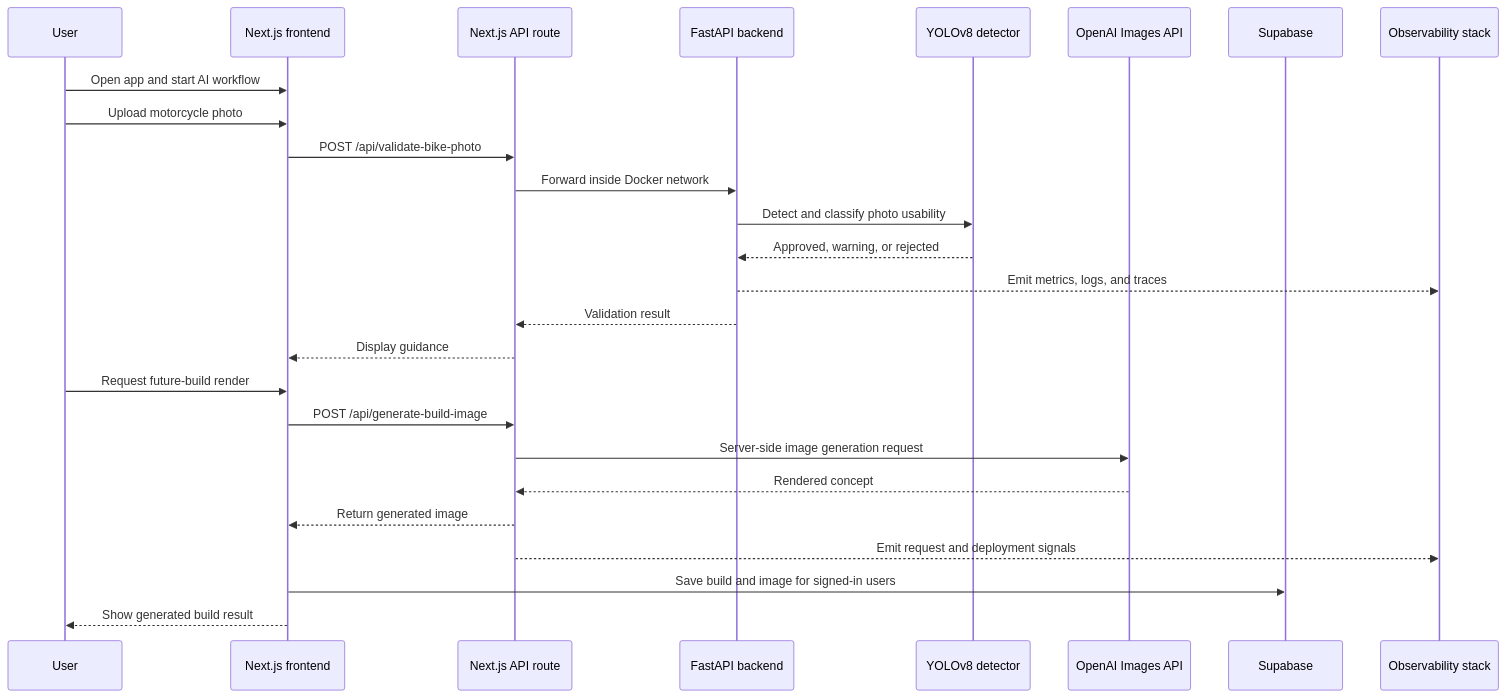
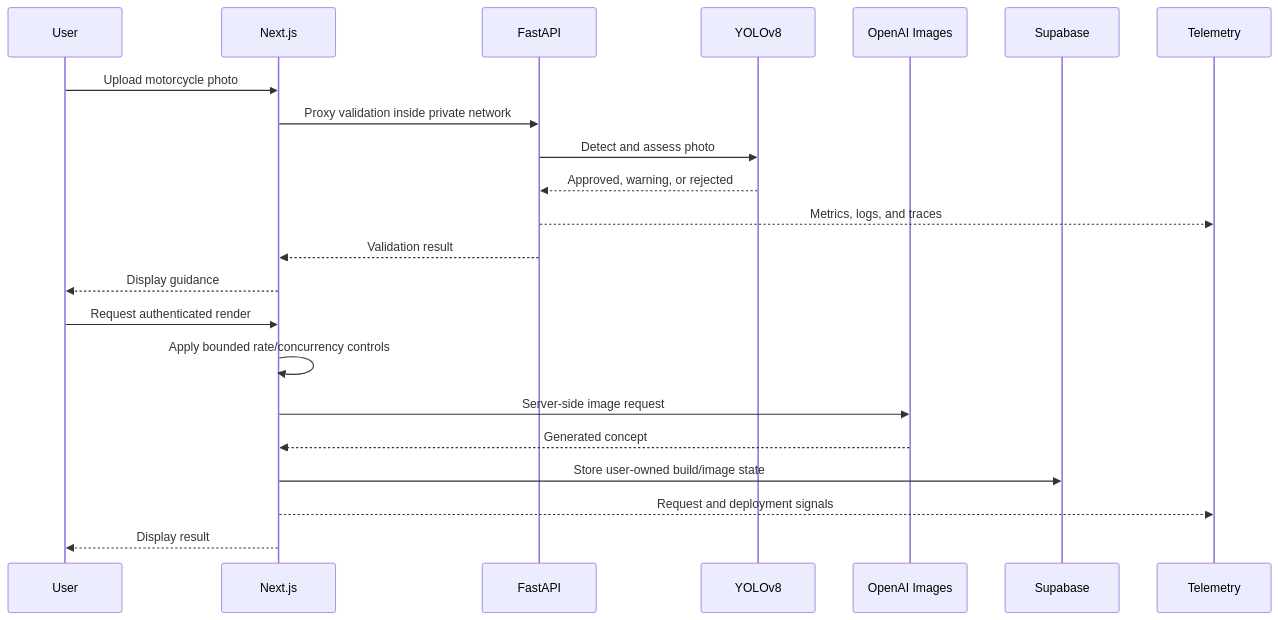
Before and after one commit to hzzcoding/SlowChrome-Showcase: the second of 4 diagrams in docs/technical-case-study.md, drawn with Mermaid. The commit also changed other lines of this file and 1 other file, not shown here.

````diff
--- a/docs/technical-case-study.md
+++ b/docs/technical-case-study.md
@@ -62,29 +92,25 @@
 ```mermaid
 sequenceDiagram
     participant U as User
-    participant F as Next.js frontend
-    participant N as Next.js API route
-    participant B as FastAPI backend
-    participant Y as YOLOv8 detector
-    participant O as OpenAI Images API
+    participant F as Next.js
+    participant B as FastAPI
+    participant Y as YOLOv8
+    participant O as OpenAI Images
     participant S as Supabase
-    participant M as Observability stack
+    participant T as Telemetry
 
-    U->>F: Open app and start AI workflow
     U->>F: Upload motorcycle photo
-    F->>N: POST /api/validate-bike-photo
-    N->>B: Forward inside Docker network
-    B->>Y: Detect and classify photo usability
+    F->>B: Proxy validation inside private network
+    B->>Y: Detect and assess photo
     Y-->>B: Approved, warning, or rejected
-    B-->>M: Emit metrics, logs, and traces
-    B-->>N: Validation result
-    N-->>F: Display guidance
-    U->>F: Request future-build render
-    F->>N: POST /api/generate-build-image
-    N->>O: Server-side image generation request
-    O-->>N: Rendered concept
-    N-->>F: Return generated image
-    N-->>M: Emit request and deployment signals
-    F->>S: Save build and image for signed-in users
-    F-->>U: Show generated build result
+    B-->>T: Metrics, logs, and traces
+    B-->>F: Validation result
+    F-->>U: Display guidance
+    U->>F: Request authenticated render
+    F->>F: Apply bounded rate/concurrency controls
+    F->>O: Server-side image request
+    O-->>F: Generated concept
+    F->>S: Store user-owned build/image state
+    F-->>T: Request and deployment signals
+    F-->>U: Display result
 ```
````
